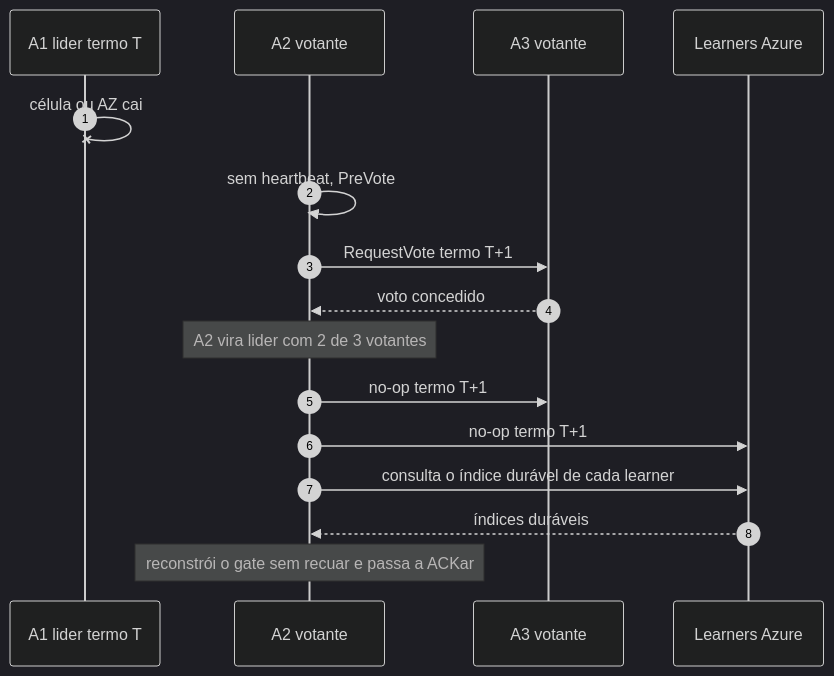
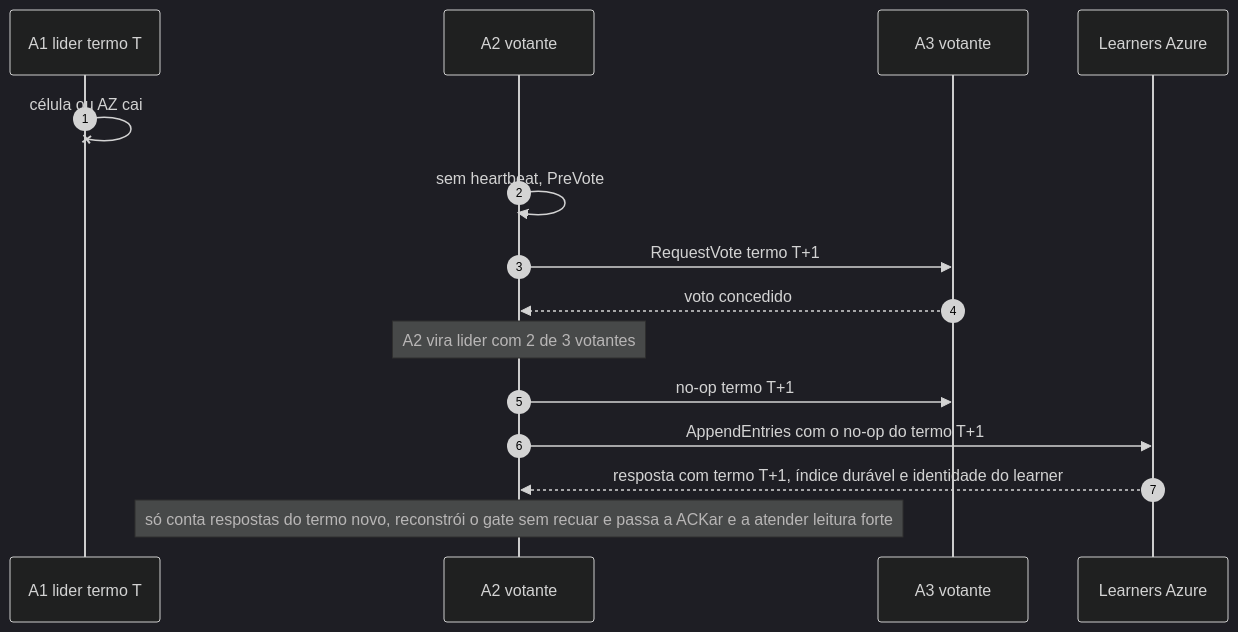
Before and after one commit to brbarmex/k: the diagram in 02_cenarios/atualizados/C08-queda-de-celula-lider-ou-az-aws.md, drawn with Mermaid (dark theme). The commit also changed other lines of this file and 139 other files, not shown here.

````diff
--- a/02_cenarios/atualizados/C08-queda-de-celula-lider-ou-az-aws.md
+++ b/02_cenarios/atualizados/C08-queda-de-celula-lider-ou-az-aws.md
@@ -11,18 +11,17 @@
 ```mermaid
 sequenceDiagram
     autonumber
     participant A1 as A1 lider termo T
     participant A2 as A2 votante
     participant A3 as A3 votante
     participant Z as Learners Azure
     A1-xA1: célula ou AZ cai
     A2->>A2: sem heartbeat, PreVote
     A2->>A3: RequestVote termo T+1
     A3-->>A2: voto concedido
     Note over A2: A2 vira lider com 2 de 3 votantes
     A2->>A3: no-op termo T+1
-    A2->>Z: no-op termo T+1
-    A2->>Z: consulta o índice durável de cada learner
-    Z-->>A2: índices duráveis
-    Note over A2: reconstrói o gate sem recuar e passa a ACKar
+    A2->>Z: AppendEntries com o no-op do termo T+1
+    Z-->>A2: resposta com termo T+1, índice durável e identidade do learner
+    Note over A2: só conta respostas do termo novo, reconstrói o gate sem recuar e passa a ACKar e a atender leitura forte
 ```
````
